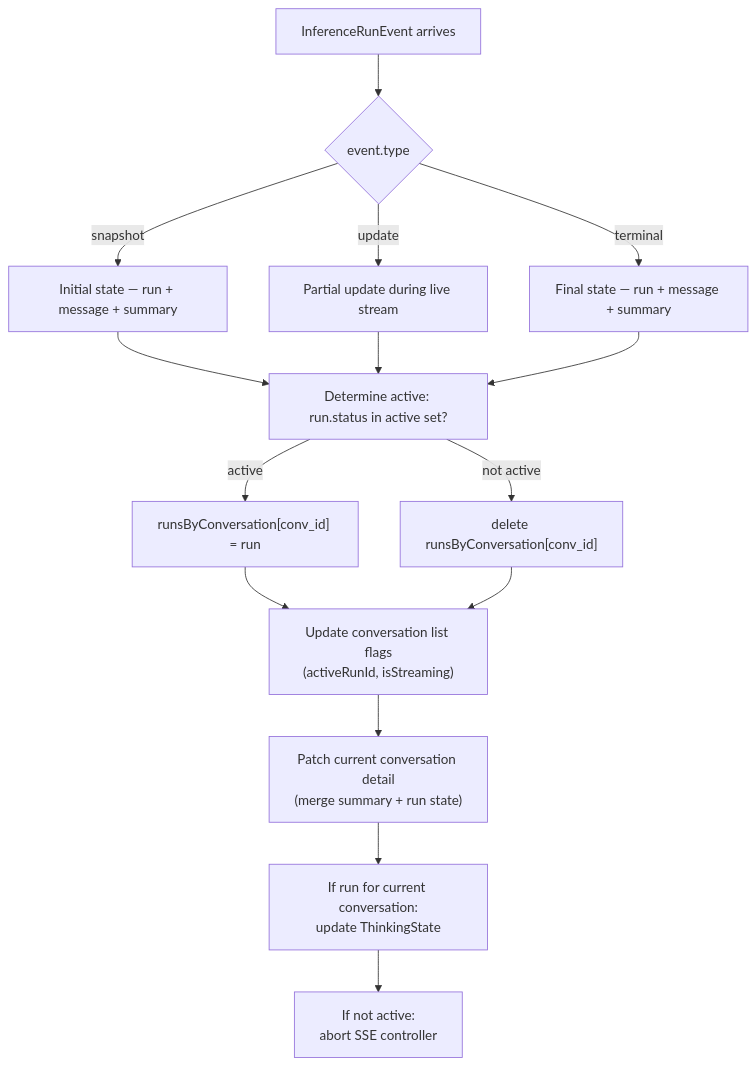
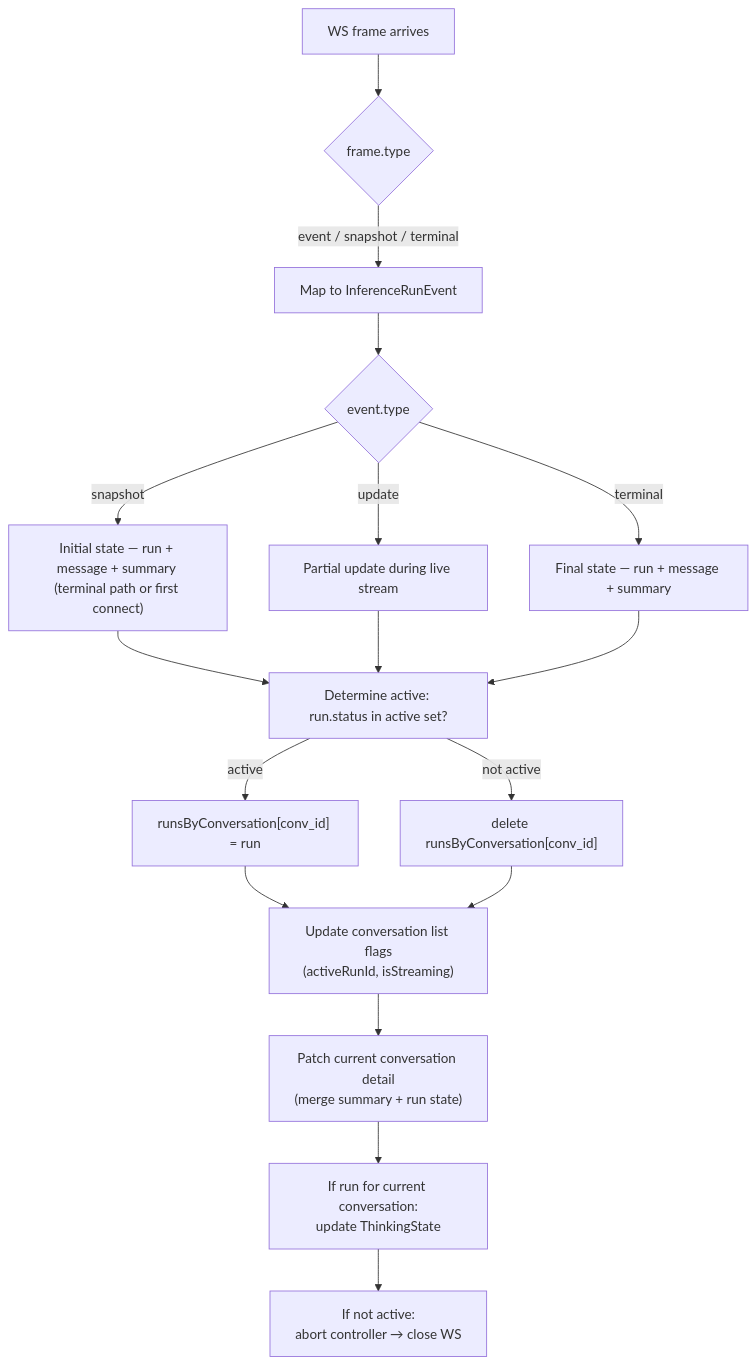
The seventh of 8 diagrams in docs/development/agui-protocol.md (konstantinosmpouros/mAgenticX), drawn with Mermaid before and after one commit. The commit also changed other lines of this file and 26 other files, not shown here.

````diff
--- a/docs/development/agui-protocol.md
+++ b/docs/development/agui-protocol.md
@@ -381,14 +381,16 @@
 ```mermaid
 flowchart TD
-    A["InferenceRunEvent arrives"] --> B{"event.type"}
-    B -->|"snapshot"| C["Initial state — run + message + summary"]
+    A["WS frame arrives"] --> A2{"frame.type"}
+    A2 -->|"event / snapshot / terminal"| A3["Map to InferenceRunEvent"]
+    A3 --> B{"event.type"}
+    B -->|"snapshot"| C["Initial state — run + message + summary (terminal path or first connect)"]
     B -->|"update"| D["Partial update during live stream"]
     B -->|"terminal"| E["Final state — run + message + summary"]
     C & D & E --> F["Determine active: run.status in active set?"]
     F -->|"active"| G["runsByConversation[conv_id] = run"]
     F -->|"not active"| H["delete runsByConversation[conv_id]"]
     G & H --> I["Update conversation list flags\n(activeRunId, isStreaming)"]
     I --> J["Patch current conversation detail\n(merge summary + run state)"]
     J --> K["If run for current conversation:\nupdate ThinkingState"]
-    K --> L["If not active:\nabort SSE controller"]
+    K --> L["If not active:\nabort controller → close WS"]
 ```
````
